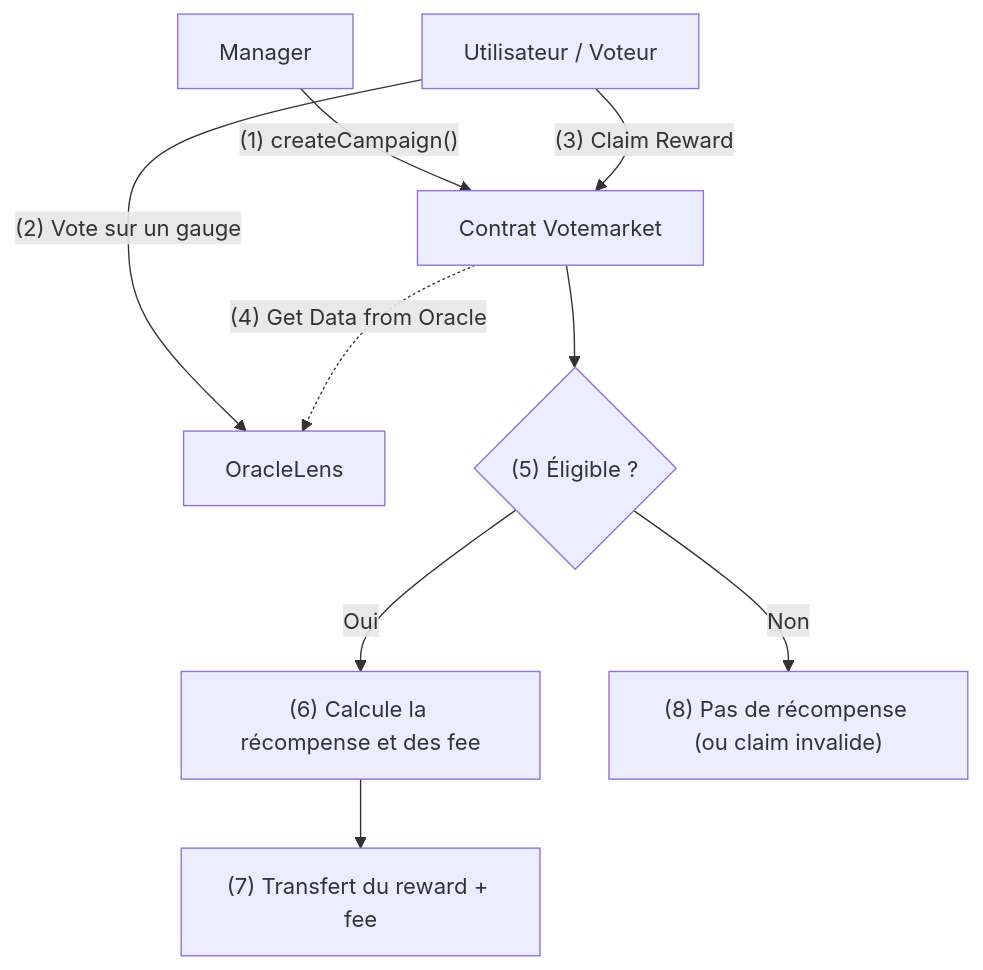
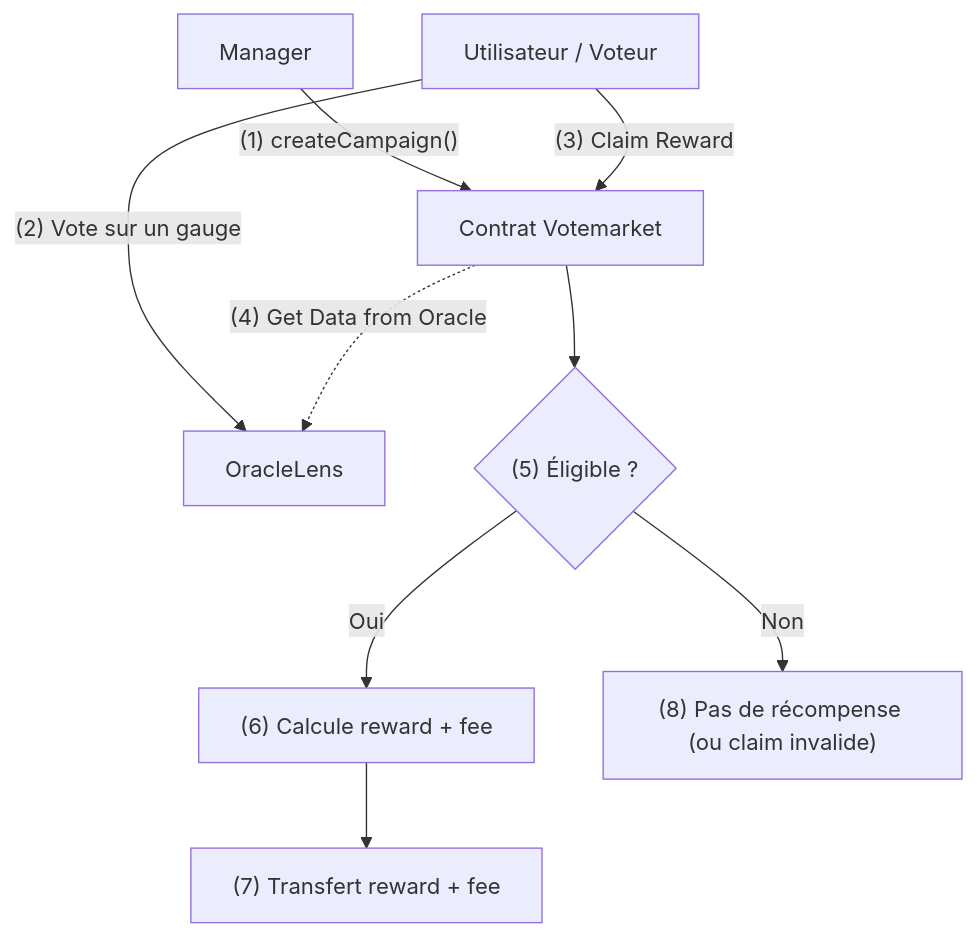
One commit to Le-Caignec/review-stakeDAO changed the first of 2 diagrams in votemaket-v2/votemarket-v2.md. Above: the diagram before and after it, drawn with Mermaid. The commit also changed other lines of this file and 1 other file, not shown here.

````diff
--- a/votemaket-v2/votemarket-v2.md
+++ b/votemaket-v2/votemarket-v2.md
@@ -3,20 +3,20 @@
 ```mermaid
 flowchart TB
     %% --- Personnages ---
     A["Manager"]
     X["Utilisateur / Voteur"]
     B["Contrat Votemarket"]
     D["OracleLens"]
 
     %% --- Flux d'actions ---
     A -->|"(1) createCampaign()"| B
     X -->|"(2) Vote sur un gauge"| D
     X -->|"(3) Claim Reward"| B
     B -.->|"(4) Get Data from Oracle"| D
     
     B --> G{"(5) Éligible ?"}
-    G -- "Oui" --> H["(6) Calcule la récompense et des fee"]
-    H --> I["(7) Transfert du reward + fee"]
+    G -- "Oui" --> H["(6) Calcule reward + fee"]
+    H --> I["(7) Transfert reward + fee"]
 
     G -- "Non" --> K["(8) Pas de récompense (ou claim invalide)"]
 ```
````
